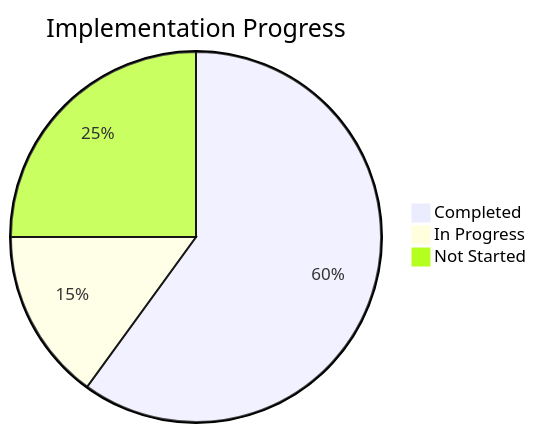
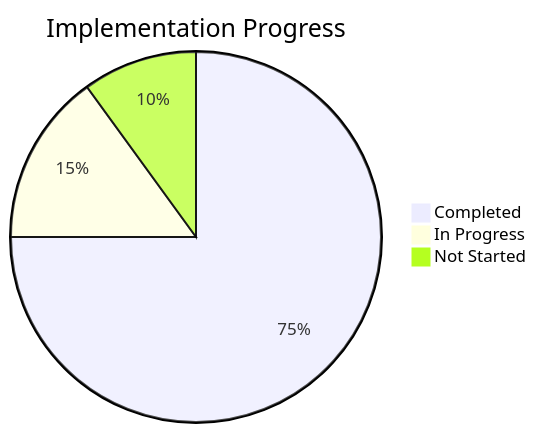
One commit to rupertgermann/tower-defence changed the diagram in memory-bank/progress.md. Above: the diagram before and after it, drawn with Mermaid. The commit also changed other lines of this file and 5 other files, not shown here.

````diff
--- a/memory-bank/progress.md
+++ b/memory-bank/progress.md
@@ -5,6 +5,6 @@
 ```mermaid
 pie title Implementation Progress
-    "Completed" : 60
+    "Completed" : 75
     "In Progress" : 15
-    "Not Started" : 25
+    "Not Started" : 10
 ```
````
